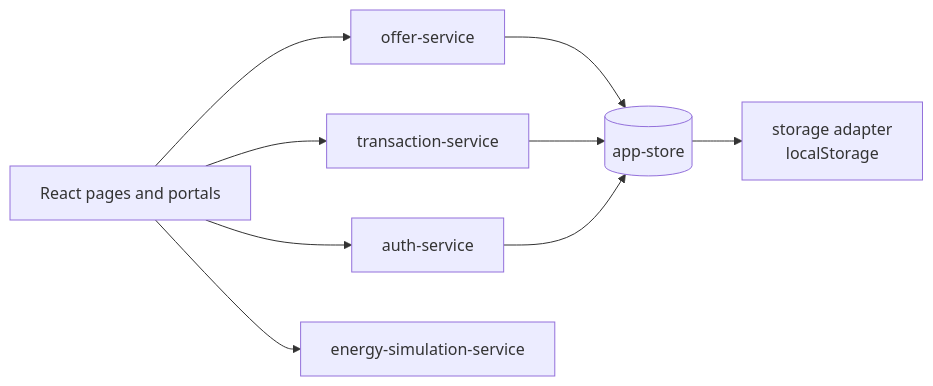
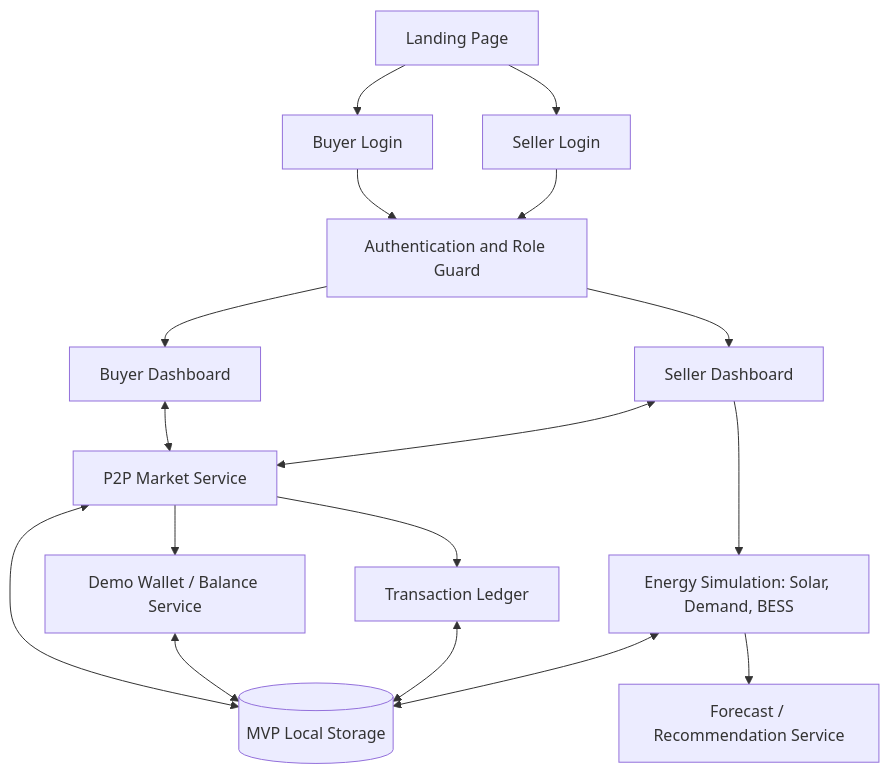
The fourth of 4 diagrams in README.md (Rakesh-IND/neighborwatt), drawn with Mermaid before and after one commit. The commit also changed other lines of this file, not shown here.

````diff
--- a/README.md
+++ b/README.md
@@ -36,11 +402,34 @@
 ```mermaid
-flowchart LR
-  UI[React pages and portals] --> Auth[auth-service]
-  UI --> Offers[offer-service]
-  UI --> Tx[transaction-service]
-  UI --> Sim[energy-simulation-service]
-  Offers --> Store[(app-store)]
-  Tx --> Store
-  Auth --> Store
-  Store --> Persist[storage adapter<br/>localStorage]
+flowchart TB
+    Landing[Landing Page]
+    BuyerLogin[Buyer Login]
+    SellerLogin[Seller Login]
+    BuyerUI[Buyer Dashboard]
+    SellerUI[Seller Dashboard]
+
+    Auth[Authentication and Role Guard]
+    Market[P2P Market Service]
+    Wallet[Demo Wallet / Balance Service]
+    Ledger[Transaction Ledger]
+    Sim[Energy Simulation: Solar, Demand, BESS]
+    Forecast[Forecast / Recommendation Service]
+    Store[(MVP Local Storage)]
+
+    Landing --> BuyerLogin
+    Landing --> SellerLogin
+    BuyerLogin --> Auth
+    SellerLogin --> Auth
+    Auth --> BuyerUI
+    Auth --> SellerUI
+
+    BuyerUI <--> Market
+    SellerUI <--> Market
+    SellerUI --> Sim
+    Sim --> Forecast
+    Market --> Wallet
+    Market --> Ledger
+    Market <--> Store
+    Wallet <--> Store
+    Ledger <--> Store
+    Sim <--> Store
 ```
````
